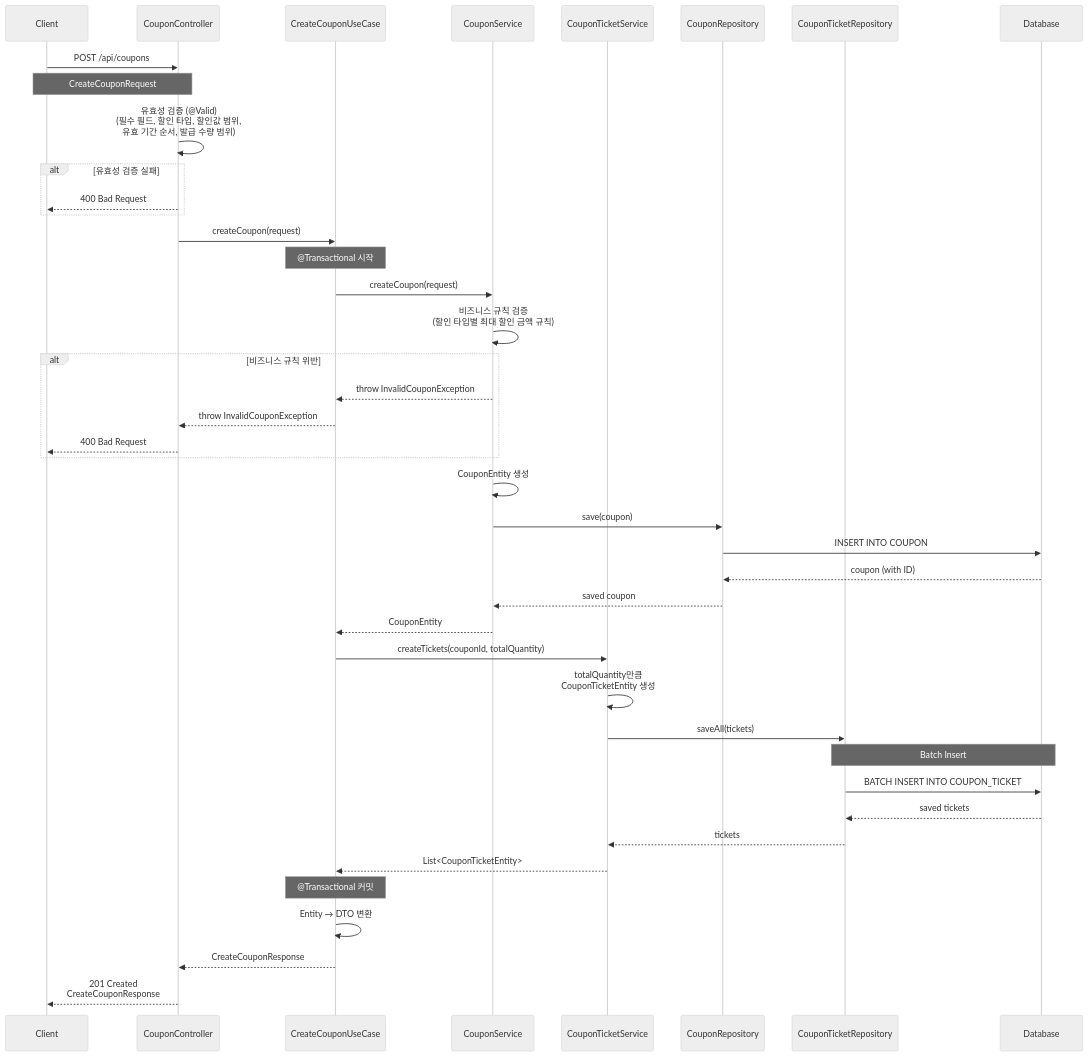
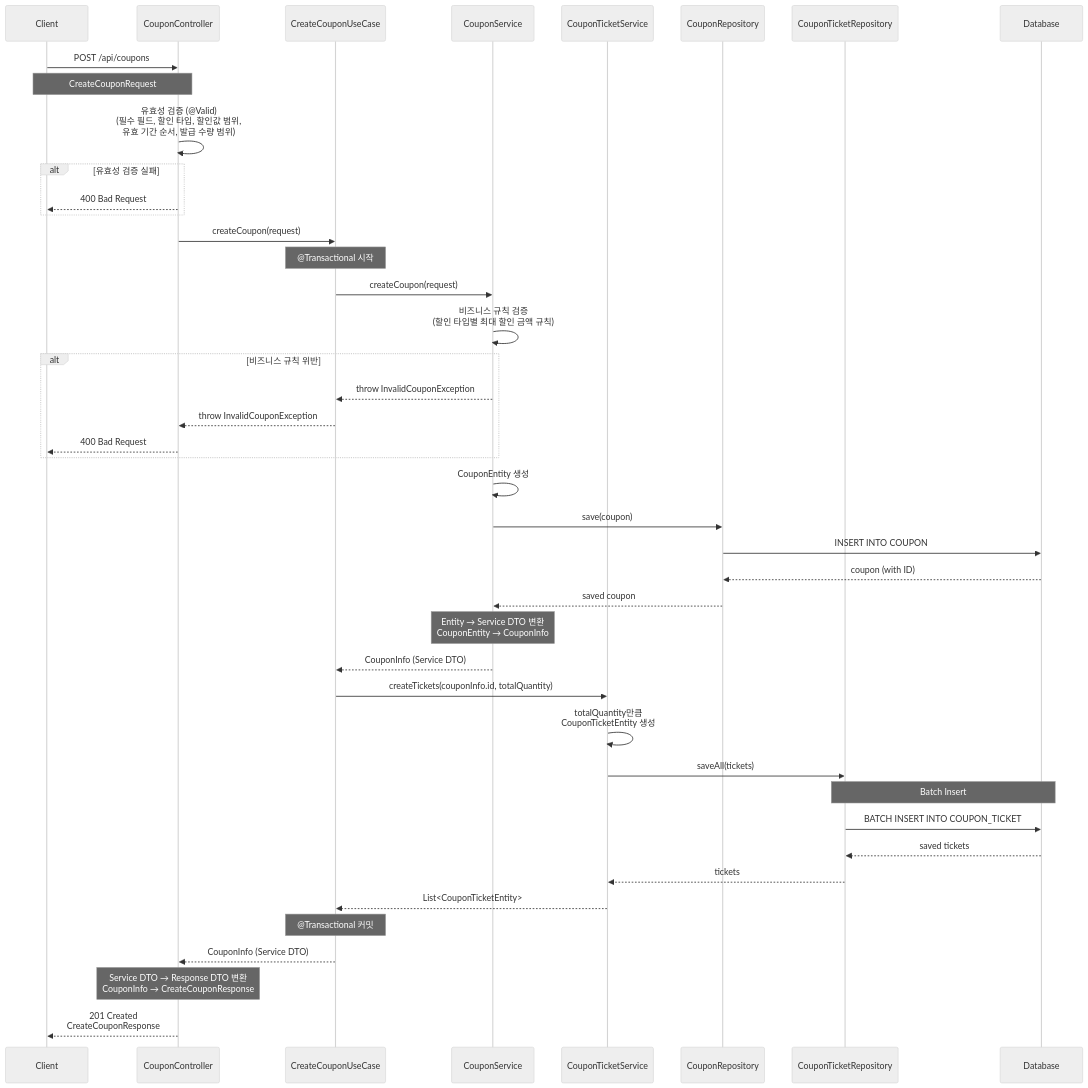
One commit to edit8080/commerce-api changed the diagram in docs/api/coupon/create-coupon.md. Above: the diagram before and after it, drawn with Mermaid (neutral theme). The commit also changed 55 other files, not shown here.

````diff
--- a/docs/api/coupon/create-coupon.md
+++ b/docs/api/coupon/create-coupon.md
@@ -183,52 +183,53 @@
 ```mermaid
 sequenceDiagram
     participant Client as Client
     participant Controller as CouponController
     participant UseCase as CreateCouponUseCase
     participant CouponService as CouponService
     participant TicketService as CouponTicketService
     participant CouponRepo as CouponRepository
     participant TicketRepo as CouponTicketRepository
     participant DB as Database
 
     Client->>Controller: POST /api/coupons
     Note over Client,Controller: CreateCouponRequest
 
     Controller->>Controller: 유효성 검증 (@Valid)<br/>(필수 필드, 할인 타입, 할인값 범위,<br/>유효 기간 순서, 발급 수량 범위)
     alt 유효성 검증 실패
         Controller-->>Client: 400 Bad Request
     end
 
     Controller->>UseCase: createCoupon(request)
 
     Note over UseCase: @Transactional 시작
 
     UseCase->>CouponService: createCoupon(request)
     CouponService->>CouponService: 비즈니스 규칙 검증<br/>(할인 타입별 최대 할인 금액 규칙)
     alt 비즈니스 규칙 위반
         CouponService-->>UseCase: throw InvalidCouponException
         UseCase-->>Controller: throw InvalidCouponException
         Controller-->>Client: 400 Bad Request
     end
     CouponService->>CouponService: CouponEntity 생성
     CouponService->>CouponRepo: save(coupon)
     CouponRepo->>DB: INSERT INTO COUPON
     DB-->>CouponRepo: coupon (with ID)
     CouponRepo-->>CouponService: saved coupon
-    CouponService-->>UseCase: CouponEntity
+    Note over CouponService: Entity → Service DTO 변환<br/>CouponEntity → CouponInfo
+    CouponService-->>UseCase: CouponInfo (Service DTO)
 
-    UseCase->>TicketService: createTickets(couponId, totalQuantity)
+    UseCase->>TicketService: createTickets(couponInfo.id, totalQuantity)
     TicketService->>TicketService: totalQuantity만큼<br/>CouponTicketEntity 생성
     TicketService->>TicketRepo: saveAll(tickets)
     Note over TicketRepo,DB: Batch Insert
     TicketRepo->>DB: BATCH INSERT INTO COUPON_TICKET
     DB-->>TicketRepo: saved tickets
     TicketRepo-->>TicketService: tickets
     TicketService-->>UseCase: List<CouponTicketEntity>
 
     Note over UseCase: @Transactional 커밋
 
-    UseCase->>UseCase: Entity → DTO 변환
-    UseCase-->>Controller: CreateCouponResponse
+    UseCase-->>Controller: CouponInfo (Service DTO)
+    Note over Controller: Service DTO → Response DTO 변환<br/>CouponInfo → CreateCouponResponse
     Controller-->>Client: 201 Created<br/>CreateCouponResponse
 ```
````
